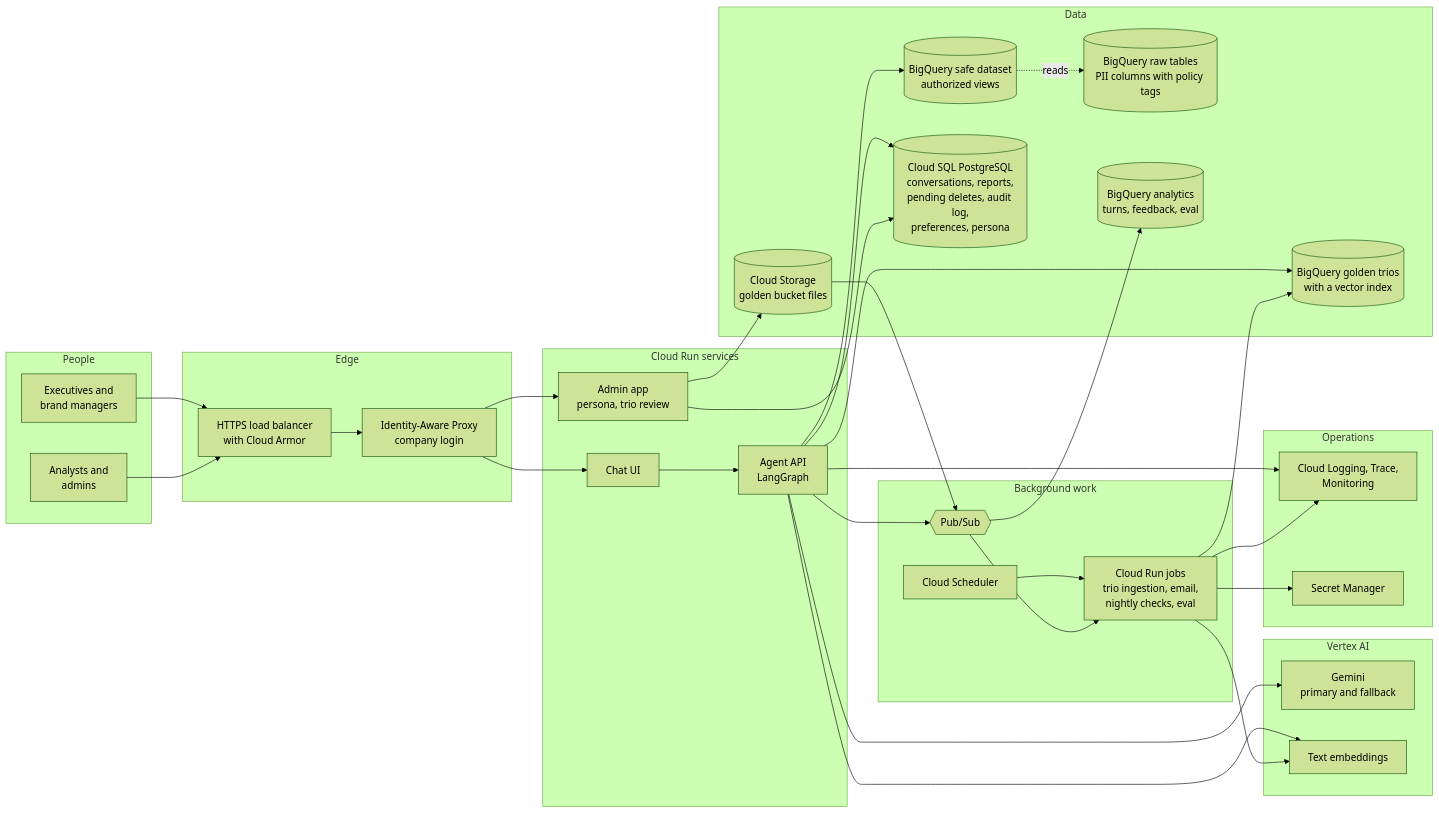
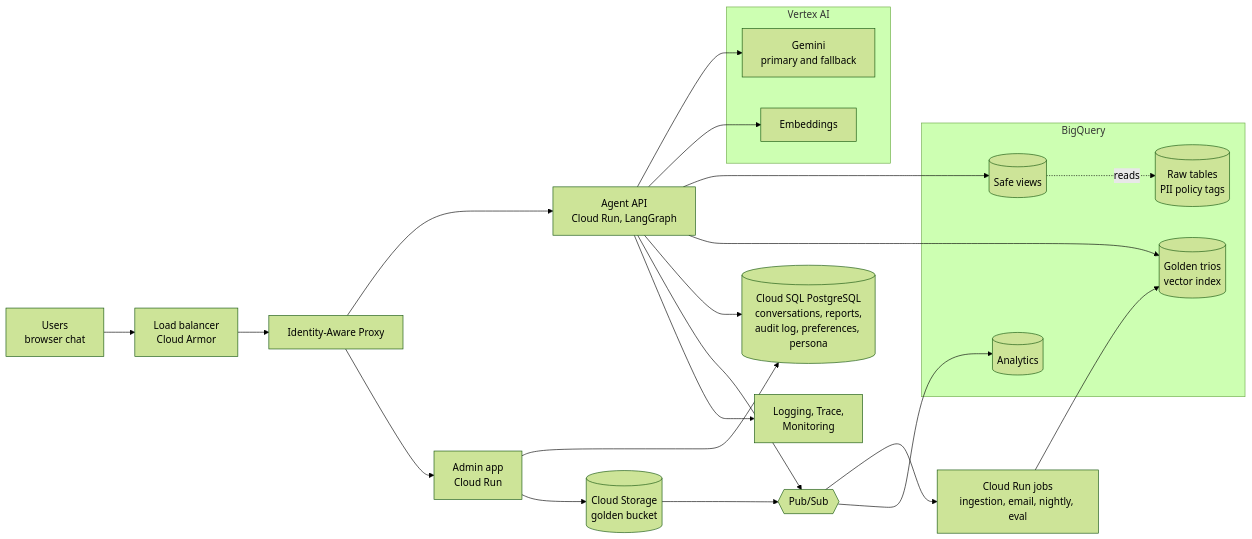
One commit to roman-s8o/da-assistant changed the first of 4 diagrams in docs/ARCHITECTURE.md. Above: the diagram before and after it, drawn with Mermaid (forest theme). The commit also changed other lines of this file, not shown here.

Commit message:
Write the high-level design in ARCHITECTURE.md

````diff
--- a/docs/ARCHITECTURE.md
+++ b/docs/ARCHITECTURE.md
@@ -54,65 +43,35 @@
 ```mermaid
 flowchart LR
-    subgraph People
-        U["Executives and<br/>brand managers"]
-        AD["Analysts and<br/>admins"]
-    end
-
-    subgraph Edge["Edge"]
-        LB["HTTPS load balancer<br/>with Cloud Armor"]
-        IAP["Identity-Aware Proxy<br/>company login"]
-    end
-
-    subgraph Serving["Cloud Run services"]
-        UI["Chat UI"]
-        API["Agent API<br/>LangGraph"]
-        ADM["Admin app<br/>persona, trio review"]
-    end
-
+    U["Users<br/>browser chat"] --> LB["Load balancer<br/>Cloud Armor"] --> IAP["Identity-Aware Proxy"]
+    IAP --> API["Agent API<br/>Cloud Run, LangGraph"]
+    IAP --> ADM["Admin app<br/>Cloud Run"]
     subgraph AI["Vertex AI"]
         GEM["Gemini<br/>primary and fallback"]
-        EMB["Text embeddings"]
+        EMB["Embeddings"]
     end
-
-    subgraph Data["Data"]
-        RAW[("BigQuery raw tables<br/>PII columns with policy tags")]
-        SAFE[("BigQuery safe dataset<br/>authorized views")]
-        GOLD[("BigQuery golden trios<br/>with a vector index")]
-        OPS[("BigQuery analytics<br/>turns, feedback, eval")]
-        PG[("Cloud SQL PostgreSQL<br/>conversations, reports,<br/>pending deletes, audit log,<br/>preferences, persona")]
-        GCS[("Cloud Storage<br/>golden bucket files")]
+    subgraph BQ["BigQuery"]
+        SAFE[("Safe views")]
+        RAW[("Raw tables<br/>PII policy tags")]
+        GOLD[("Golden trios<br/>vector index")]
+        OPS[("Analytics")]
     end
-
-    subgraph Async["Background work"]
-        PS{{"Pub/Sub"}}
-        JOBS["Cloud Run jobs<br/>trio ingestion, email,<br/>nightly checks, eval"]
-        SCH["Cloud Scheduler"]
-    end
-
-    subgraph Ops["Operations"]
-        OBS["Cloud Logging, Trace,<br/>Monitoring"]
-        SM["Secret Manager"]
-    end
-
-    U --> LB --> IAP --> UI --> API
-    AD --> LB
-    IAP --> ADM
+    PG[("Cloud SQL PostgreSQL<br/>conversations, reports,<br/>audit log, preferences, persona")]
+    GCS[("Cloud Storage<br/>golden bucket")]
+    PS{{"Pub/Sub"}}
+    JOBS["Cloud Run jobs<br/>ingestion, email, nightly, eval"]
+    OBS["Logging, Trace,<br/>Monitoring"]
     API --> GEM
     API --> EMB
     API --> SAFE
     SAFE -. reads .-> RAW
     API --> GOLD
     API --> PG
     API --> PS
+    API --> OBS
     ADM --> PG
     ADM --> GCS
     GCS --> PS
-    SCH --> JOBS
     PS --> JOBS
-    JOBS --> EMB
+    PS --> OPS
     JOBS --> GOLD
-    JOBS --> SM
-    PS --> OPS
-    API --> OBS
-    JOBS --> OBS
 ```
````
